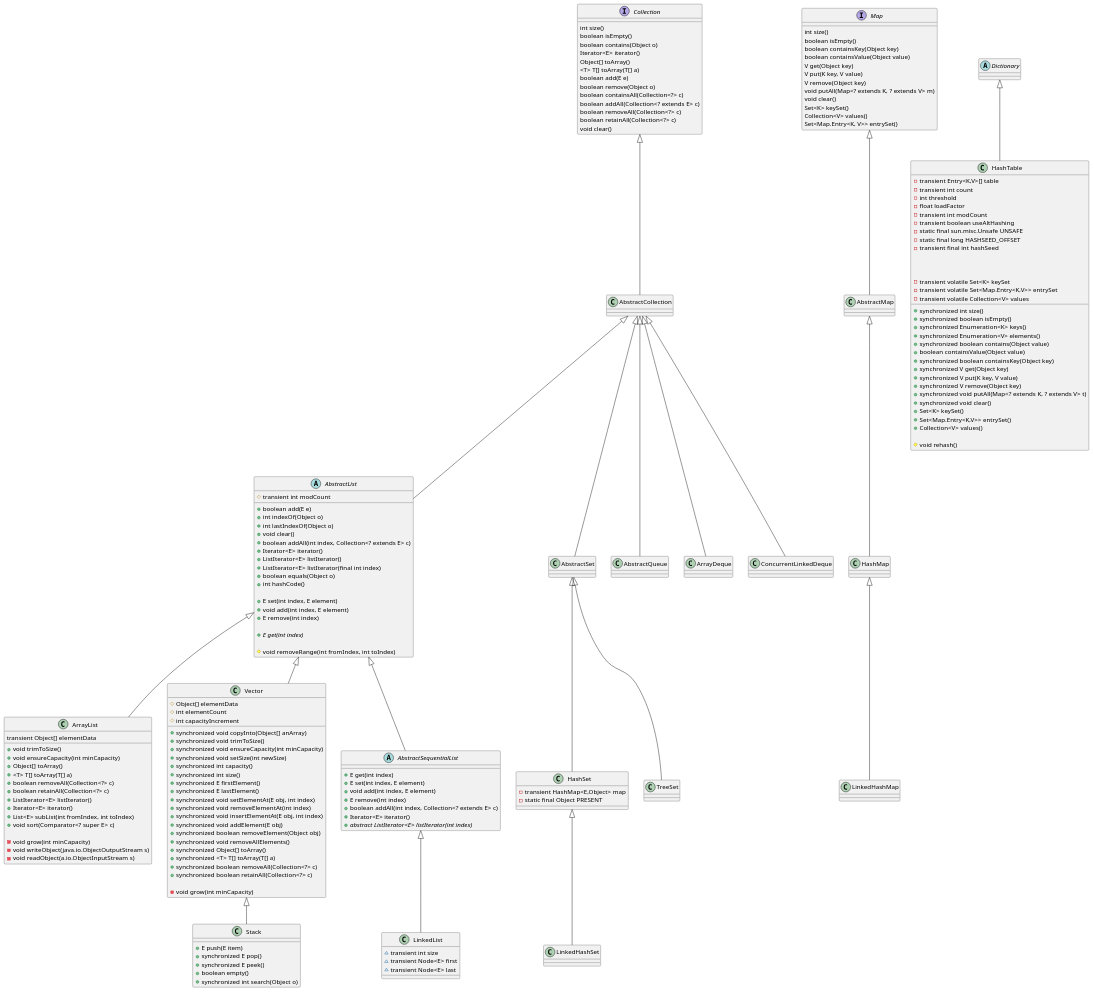
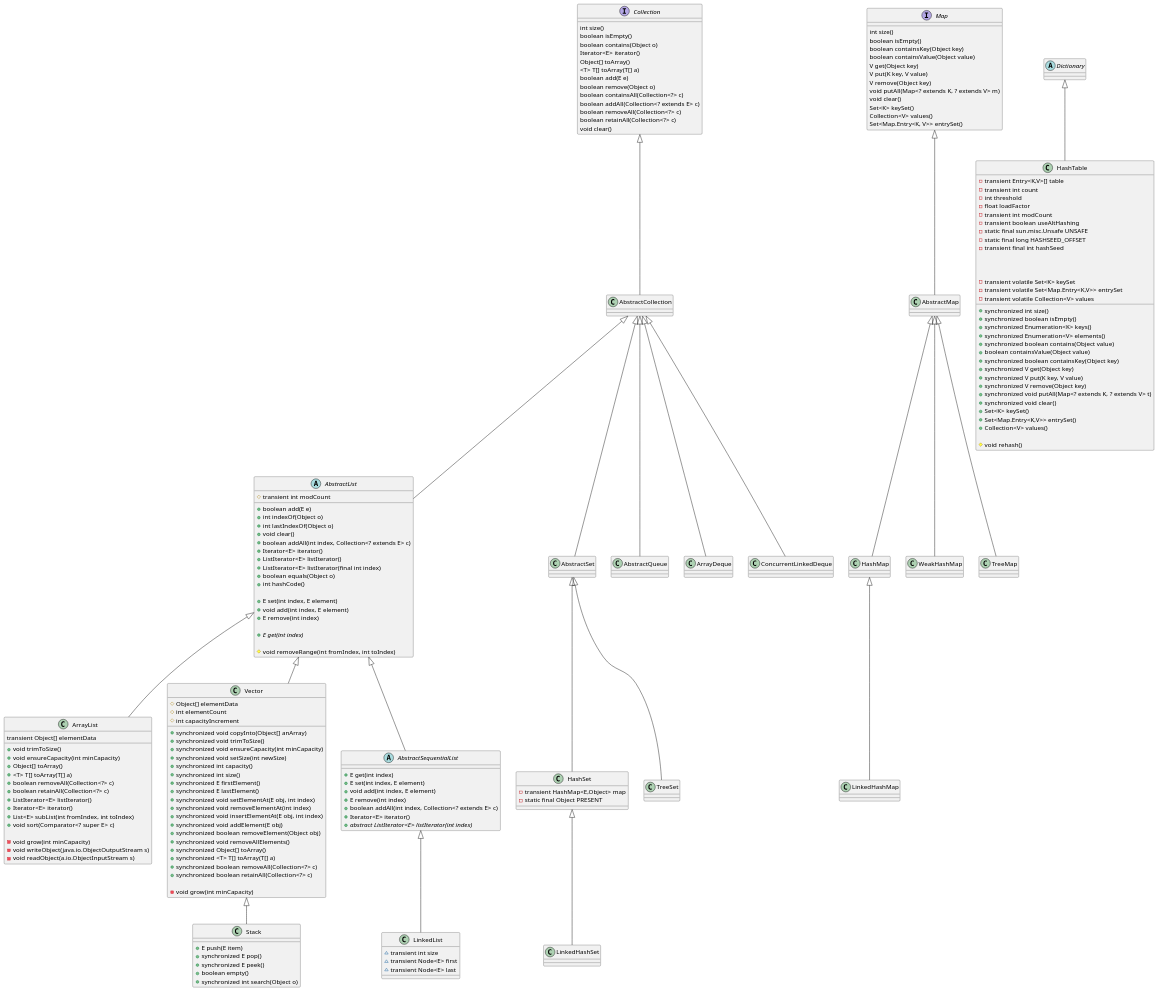
Before and after one commit to cmoaciopm/JavaTest: the diagram in java.plantuml, drawn with PlantUML. The commit also changed 2 other files, not shown here.

Commit message:
Add WeakHashMap and TreeMap cases

```diff
--- a/java.plantuml
+++ b/java.plantuml
@@ -196,6 +196,8 @@
 Map <|-- AbstractMap
   AbstractMap <|-- HashMap
     HashMap <|-- LinkedHashMap
+  AbstractMap <|-- WeakHashMap
+  AbstractMap <|-- TreeMap
 
 Dictionary <|-- HashTable
 
```
